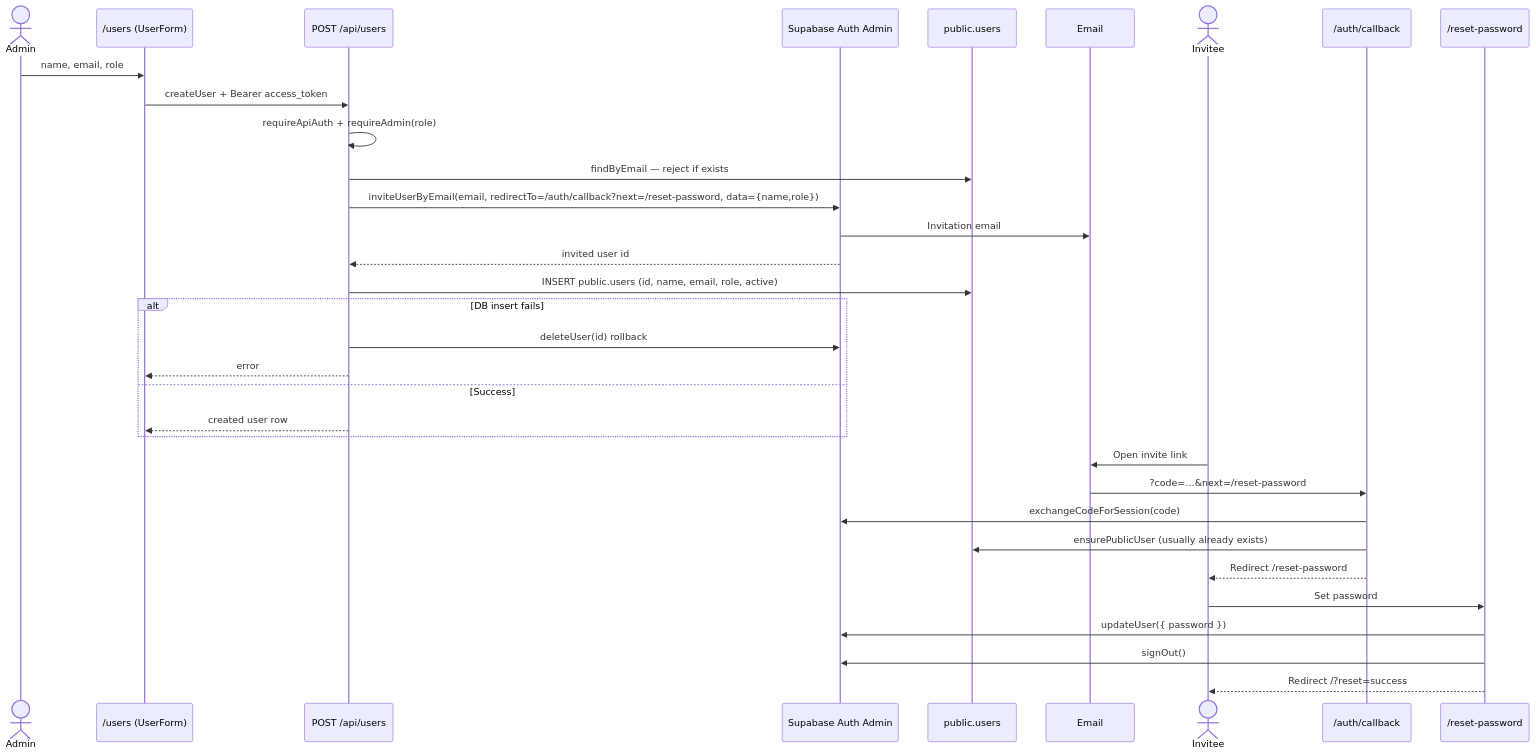
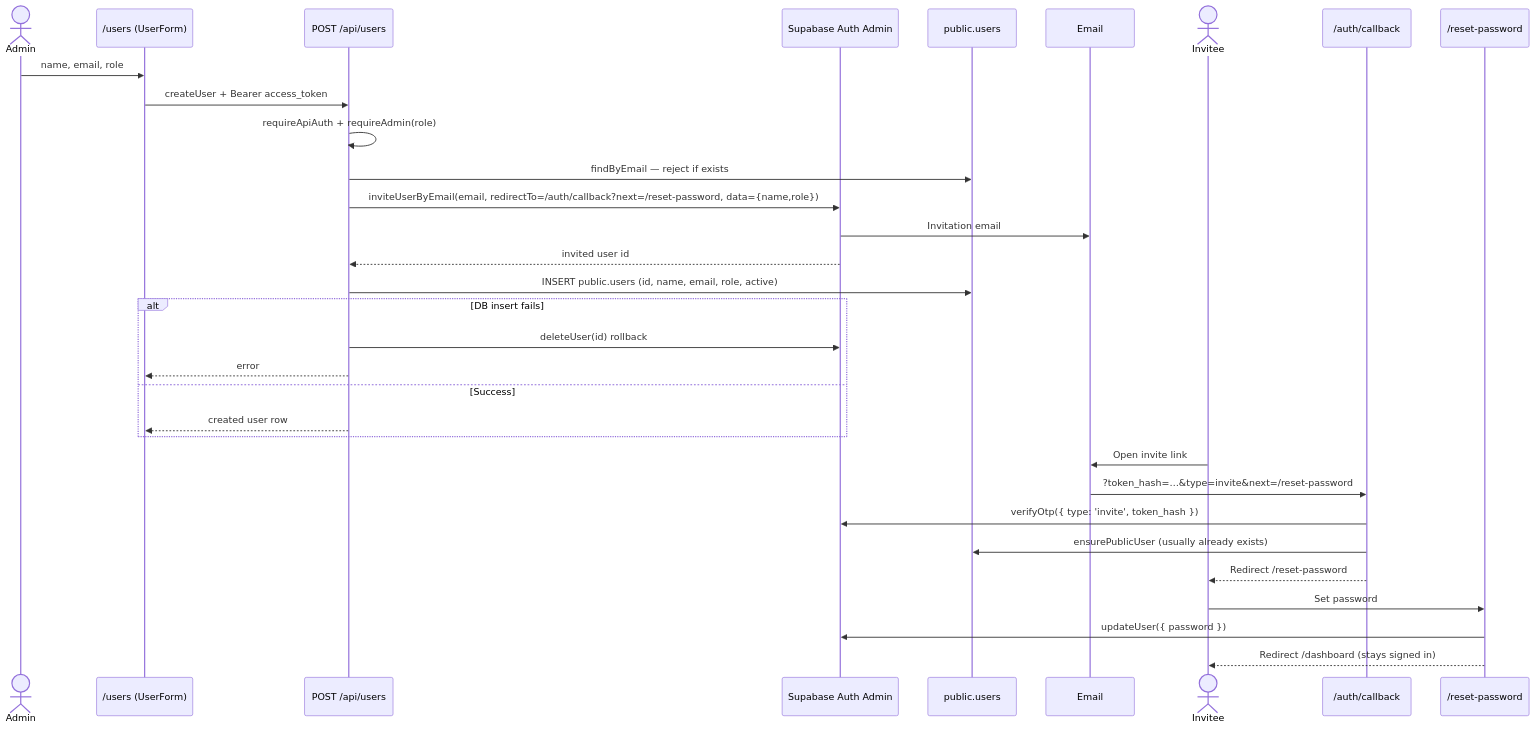
One commit to lizardkingLK/alice changed the sixth of 8 diagrams in docs/auth/AUTHENTICATION.md. Above: the diagram before and after it, drawn with Mermaid. The commit also changed other lines of this file and 4 other files, not shown here.

First line of the commit message:
fix(resolved issues): resolved password reset with forgot password issues

````diff
--- a/docs/auth/AUTHENTICATION.md
+++ b/docs/auth/AUTHENTICATION.md
@@ -271,37 +271,36 @@
 ```mermaid
 sequenceDiagram
   actor Admin as Admin
   participant UI as /users (UserForm)
   participant API as POST /api/users
   participant Auth as Supabase Auth Admin
   participant DB as public.users
   participant Mail as Email
   actor Invitee as Invitee
   participant CB as /auth/callback
   participant Reset as /reset-password
 
   Admin->>UI: name, email, role
   UI->>API: createUser + Bearer access_token
   API->>API: requireApiAuth + requireAdmin(role)
   API->>DB: findByEmail — reject if exists
   API->>Auth: inviteUserByEmail(email, redirectTo=/auth/callback?next=/reset-password, data={name,role})
   Auth->>Mail: Invitation email
   Auth-->>API: invited user id
   API->>DB: INSERT public.users (id, name, email, role, active)
   alt DB insert fails
     API->>Auth: deleteUser(id) rollback
     API-->>UI: error
   else Success
     API-->>UI: created user row
   end
 
   Invitee->>Mail: Open invite link
-  Mail->>CB: ?code=…&next=/reset-password
-  CB->>Auth: exchangeCodeForSession(code)
+  Mail->>CB: ?token_hash=…&type=invite&next=/reset-password
+  CB->>Auth: verifyOtp({ type: 'invite', token_hash })
   CB->>DB: ensurePublicUser (usually already exists)
   CB-->>Invitee: Redirect /reset-password
   Invitee->>Reset: Set password
   Reset->>Auth: updateUser({ password })
-  Reset->>Auth: signOut()
-  Reset-->>Invitee: Redirect /?reset=success
+  Reset-->>Invitee: Redirect /dashboard (stays signed in)
 ```
````
